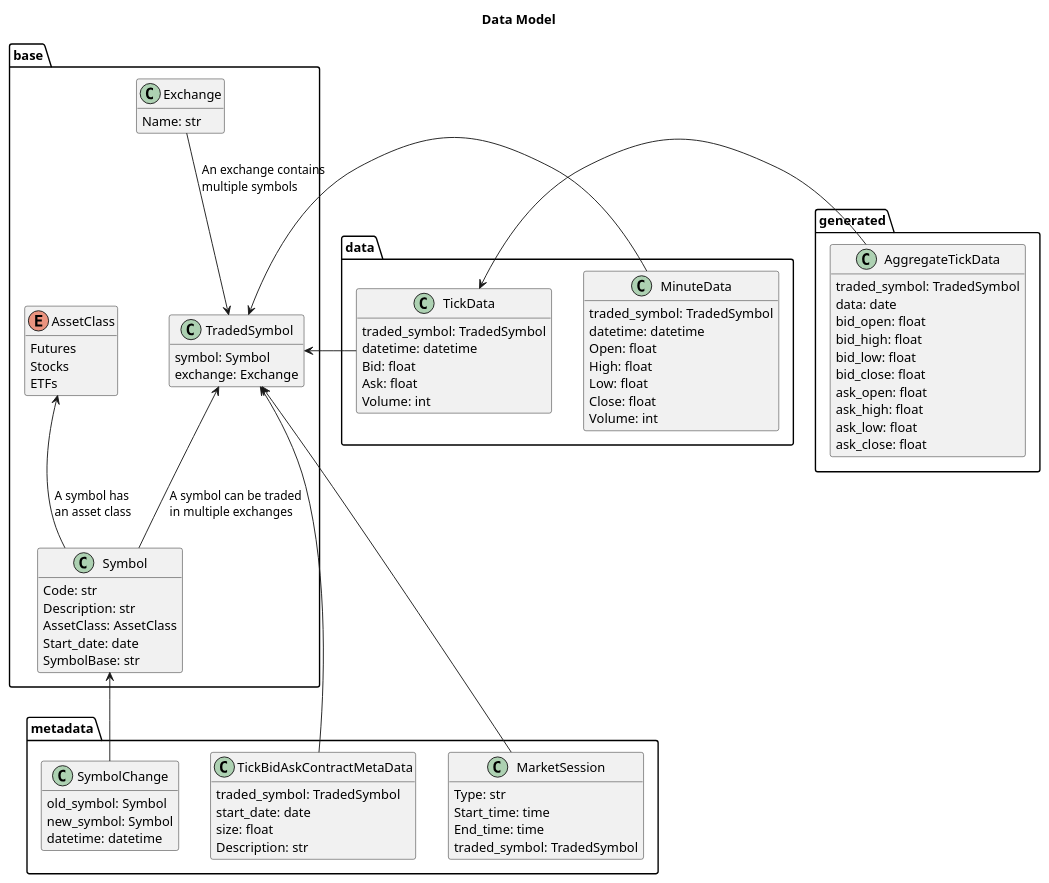
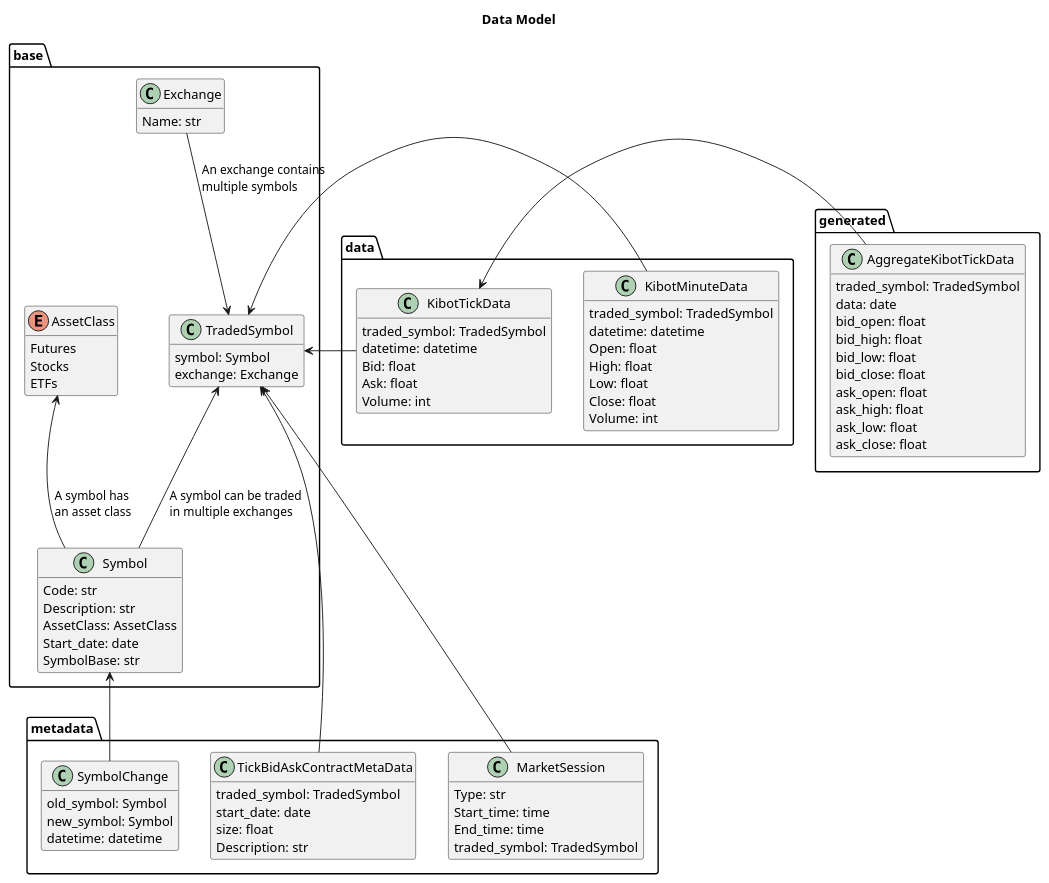
One commit to kaizen-ai/kaizenflow changed the third of 3 diagrams in vendors_amp/kibot/instrument_master_architecture.md. Above: the diagram before and after it, drawn with PlantUML. The commit also changed 10 other files, not shown here.

````diff
--- a/vendors_amp/kibot/instrument_master_architecture.md
+++ b/vendors_amp/kibot/instrument_master_architecture.md
@@ -223,7 +223,7 @@
 }
 
 namespace data {
-   class MinuteData {
+   class KibotMinuteData {
       traded_symbol: TradedSymbol
       datetime: datetime
       Open: float
@@ -233,7 +233,7 @@
       Volume: int
    }
 
-   class TickData {
+   class KibotTickData {
       traded_symbol: TradedSymbol
       datetime: datetime
       Bid: float
@@ -241,8 +241,8 @@
       Volume: int
    }
 
-   MinuteData -left-> base.TradedSymbol
-   TickData -left-> base.TradedSymbol
+   KibotMinuteData -left-> base.TradedSymbol
+   KibotTickData -left-> base.TradedSymbol
 
 }
 
@@ -273,7 +273,7 @@
 }
 
 namespace generated {
-   class AggregateTickData {
+   class AggregateKibotTickData {
       traded_symbol: TradedSymbol
       data: date
       bid_open: float
@@ -286,7 +286,7 @@
       ask_close: float
    }
 
-   AggregateTickData -left-> data.TickData
+   AggregateKibotTickData -left-> data.KibotTickData
 }
 @enduml
 ```
````
